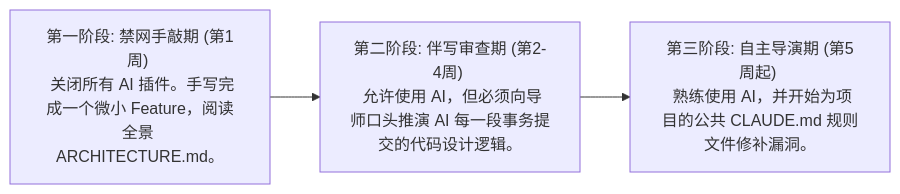
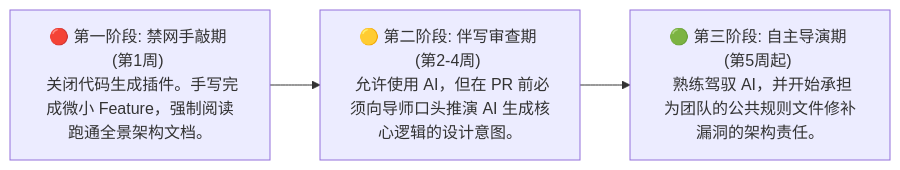
The diagram in docs/team_collaboration.md (ruanqizhen/cocode), drawn with Mermaid before and after one commit. The commit also changed other lines of this file and 1 other file, not shown here.

````diff
--- a/docs/team_collaboration.md
+++ b/docs/team_collaboration.md
@@ -113,5 +127,5 @@
 ```mermaid
 graph LR
-    Stage1["第一阶段: 禁网手敲期 (第1周) <br> 关闭所有 AI 插件。手写完成一个微小 Feature，阅读全景 ARCHITECTURE.md。"] --> Stage2["第二阶段: 伴写审查期 (第2-4周) <br> 允许使用 AI，但必须向导师口头推演 AI 每一段事务提交的代码设计逻辑。"]
-    Stage2 --> Stage3["第三阶段: 自主导演期 (第5周起) <br> 熟练使用 AI，并开始为项目的公共 CLAUDE.md 规则文件修补漏洞。"]
+    Stage1["🔴 第一阶段: 禁网手敲期 (第1周) <br> 关闭代码生成插件。手写完成微小 Feature，强制阅读跑通全景架构文档。"] --> Stage2["🟡 第二阶段: 伴写审查期 (第2-4周) <br> 允许使用 AI，但在 PR 前必须向导师口头推演 AI 生成核心逻辑的设计意图。"]
+    Stage2 --> Stage3["🟢 第三阶段: 自主导演期 (第5周起) <br> 熟练驾驭 AI，并开始承担为团队的公共规则文件修补漏洞的架构责任。"]
 ```
````
